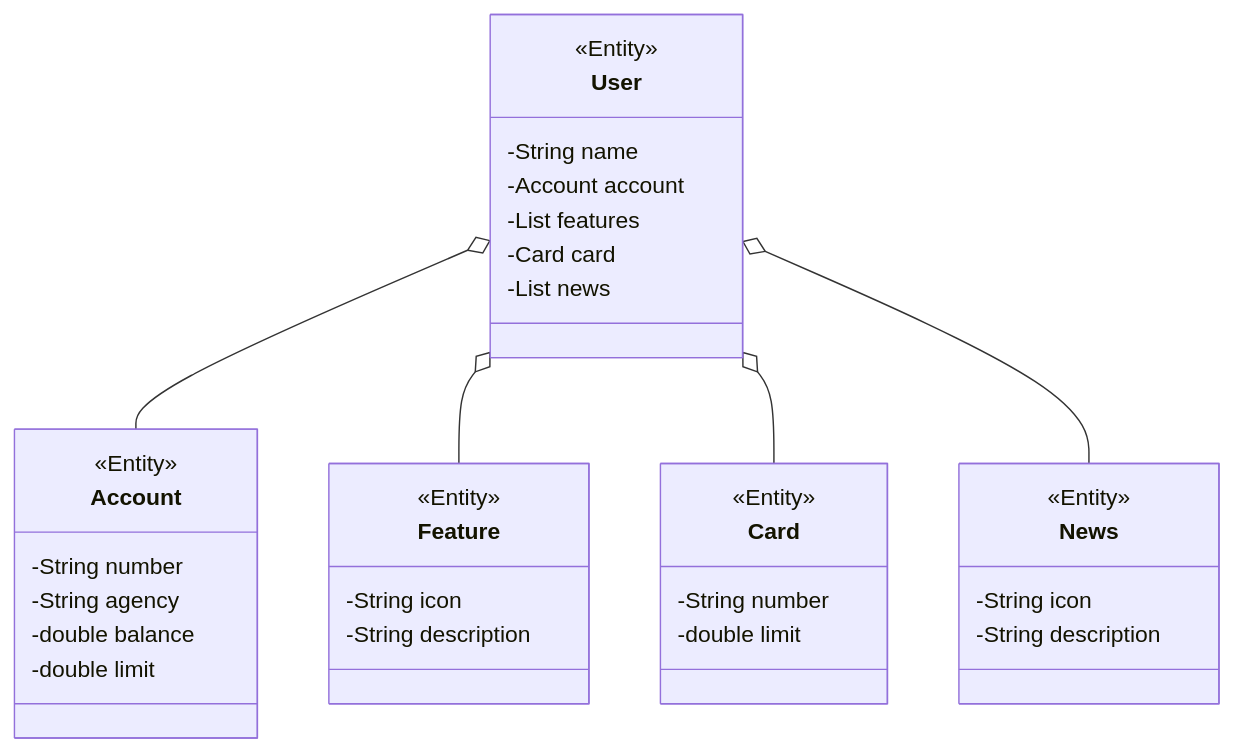
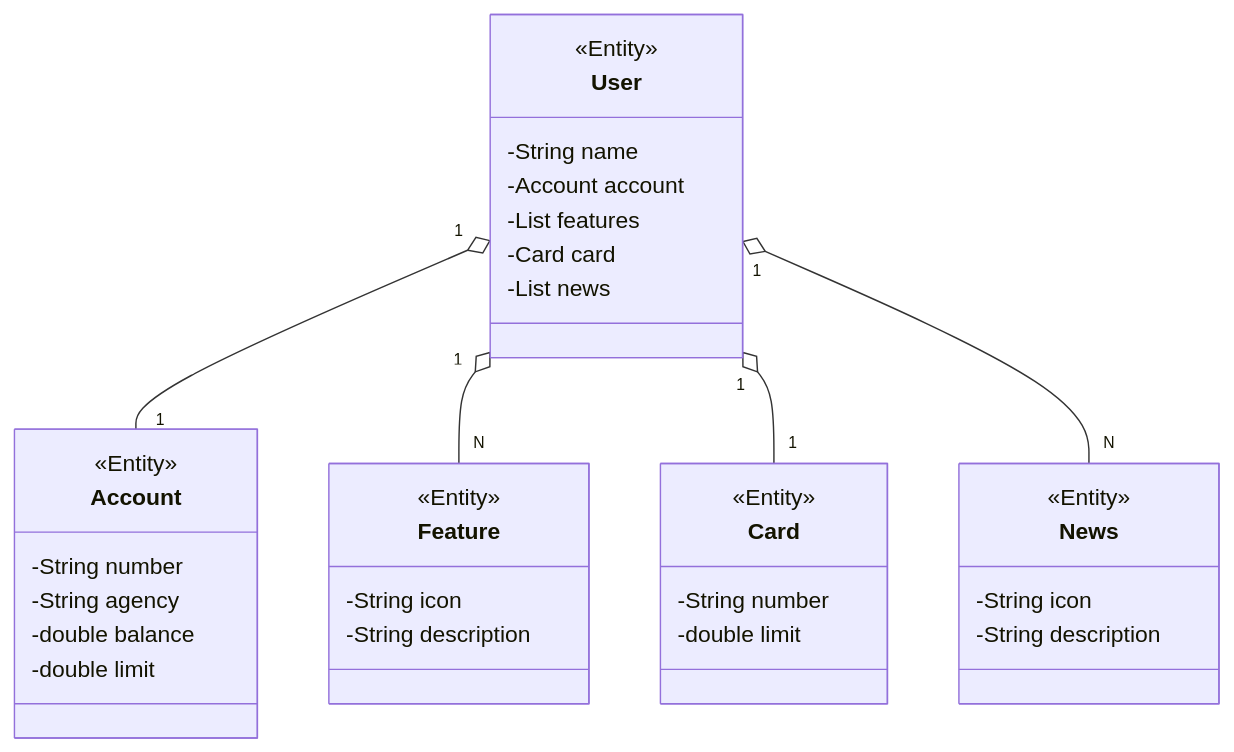
One commit to MarceloRodrigues1853/Santander-dev-week-2023 changed the diagram in README.md. Above: the diagram before and after it, drawn with Mermaid.

````diff
--- a/README.md
+++ b/README.md
@@ -7,37 +7,37 @@
 ```mermaid
 classDiagram
     class User {
         <<Entity>>
         -String name
         -Account account
         -List<Feature> features
         -Card card
         -List<News> news
     }
     class Account {
         <<Entity>>
         -String number
         -String agency
         -double balance
         -double limit
     }
     class Feature {
         <<Entity>>
         -String icon
         -String description
     }
     class Card {
         <<Entity>>
         -String number
         -double limit
     }
     class News {
         <<Entity>>
         -String icon
         -String description
     }
-    User o-- Account
-    User o-- Feature
-    User o-- Card
-    User o-- News
+    User "1" o--"1" Account
+    User "1" o--"N" Feature
+    User "1" o--"1" Card
+    User "1" o--"N" News
 ```
````
